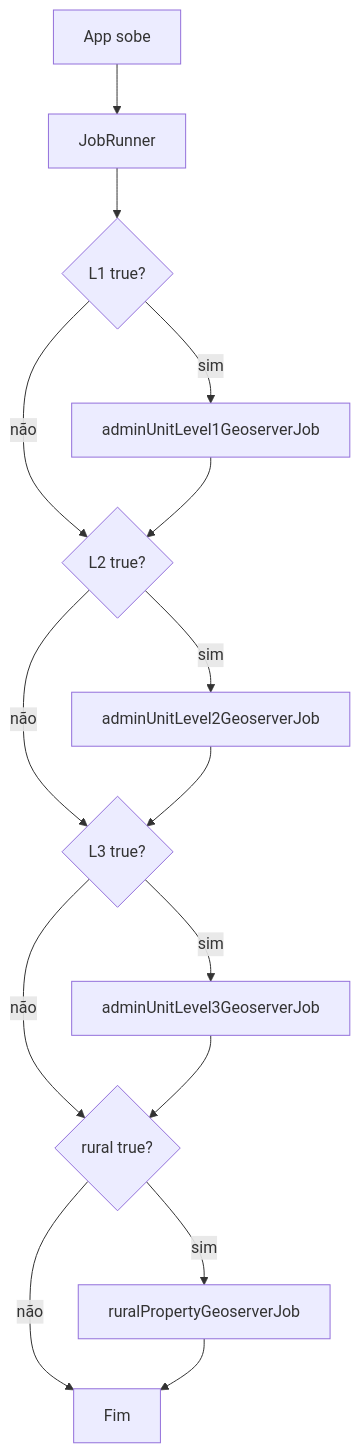
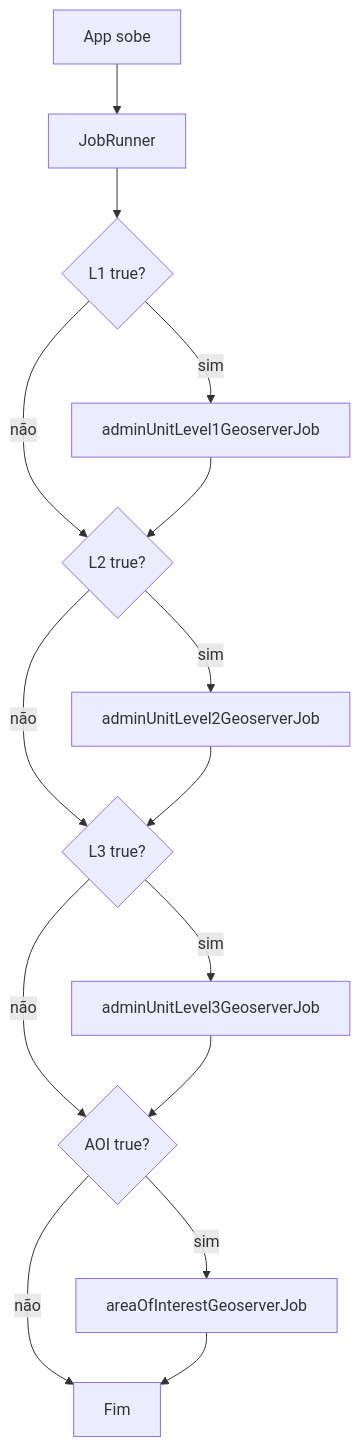
The second of 2 diagrams in docs/getting-started.md (kleber-albino/rer-dsp-docs), drawn with Mermaid before and after one commit. The commit also changed other lines of this file and 11 other files, not shown here.

First line of the commit message:
docs: remove outdated diagram options and update migration/architecture docs for dual-db setup

````diff
--- a/docs/getting-started.md
+++ b/docs/getting-started.md
@@ -494,17 +510,17 @@
 ```mermaid
 flowchart TD
   start[App sobe] --> runner[JobRunner]
   runner --> l1{L1 true?}
   l1 -->|sim| job1[adminUnitLevel1GeoserverJob]
   l1 -->|não| l2
   job1 --> l2{L2 true?}
   l2 -->|sim| job2[adminUnitLevel2GeoserverJob]
   l2 -->|não| l3
   job2 --> l3{L3 true?}
   l3 -->|sim| job3[adminUnitLevel3GeoserverJob]
-  l3 -->|não| rp
-  job3 --> rp{rural true?}
-  rp -->|sim| job4[ruralPropertyGeoserverJob]
-  rp -->|não| fim[Fim]
+  l3 -->|não| aoi
+  job3 --> aoi{AOI true?}
+  aoi -->|sim| job4[areaOfInterestGeoserverJob]
+  aoi -->|não| fim[Fim]
   job4 --> fim
 ```
````
